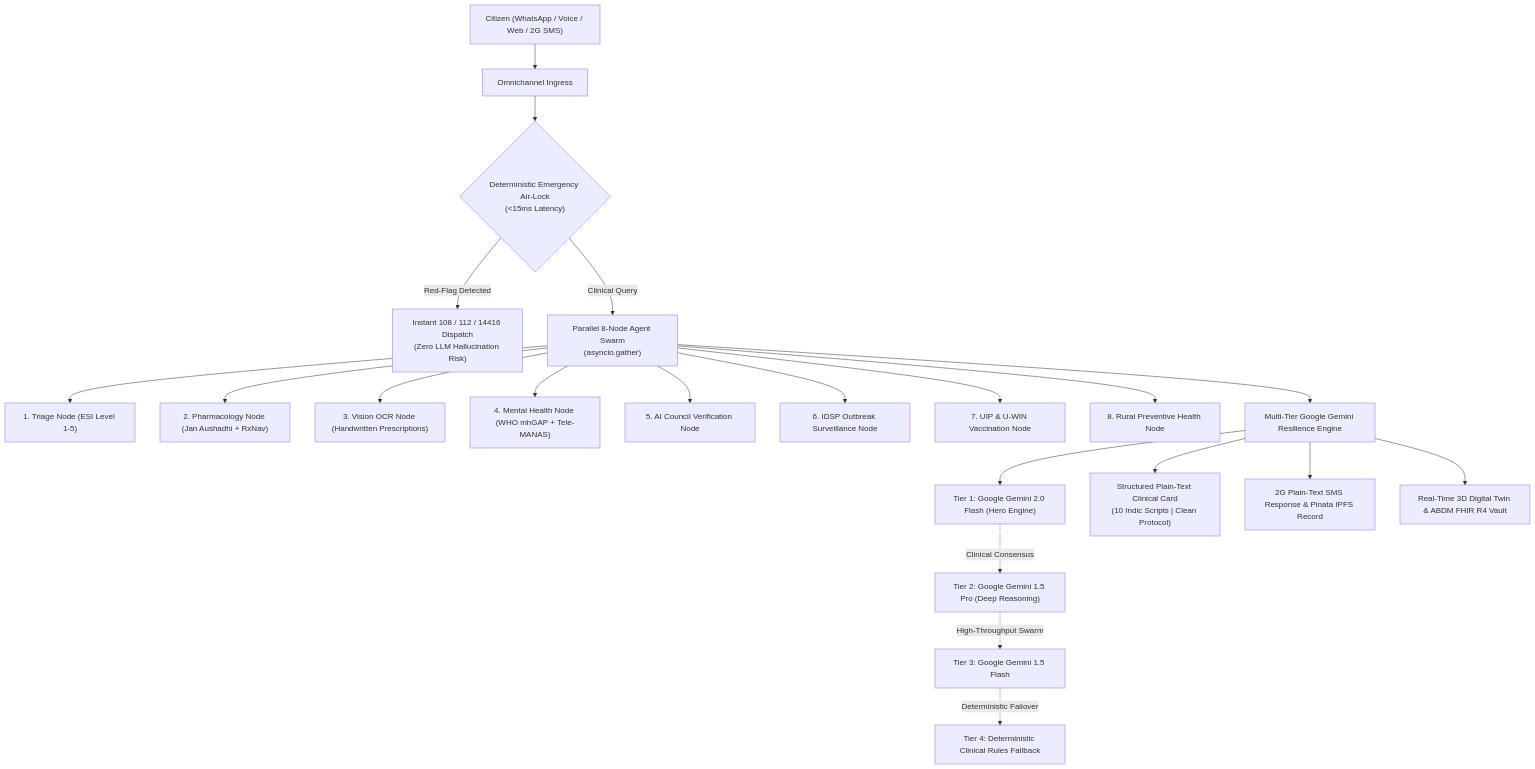
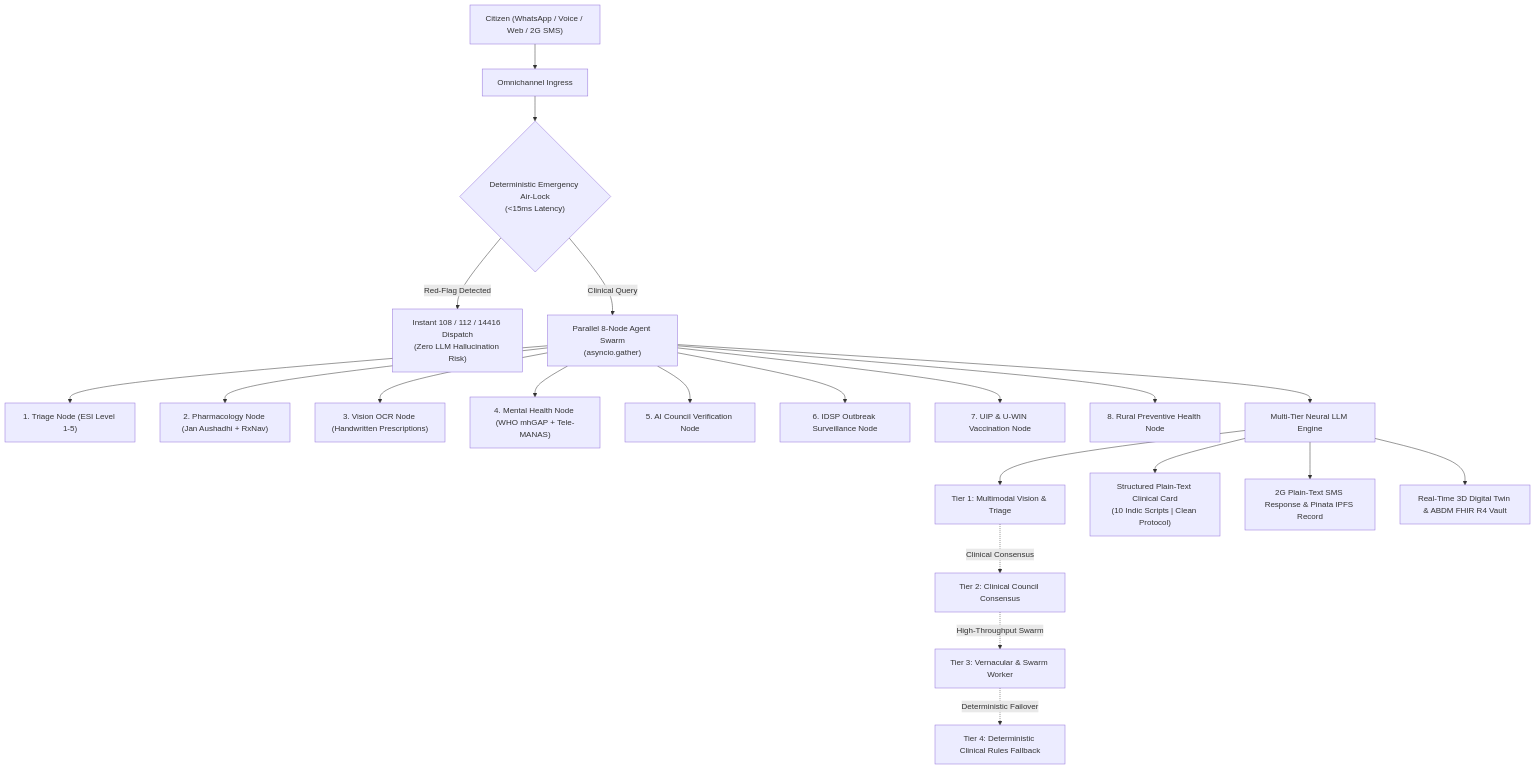
Before and after one commit to Rachit-Tiwari-7/SYNAPSE-NEURAL: the first of 2 diagrams in README.md, drawn with Mermaid. The commit also changed other lines of this file, not shown here.

````diff
--- a/README.md
+++ b/README.md
@@ -104,27 +45,27 @@
 ```mermaid
 graph TD
     User["Citizen (WhatsApp / Voice / Web / 2G SMS)"] --> Gateway["Omnichannel Ingress"]
     Gateway --> Safety{"Deterministic Emergency Air-Lock<br/>(<15ms Latency)"}
     
     Safety -->|Red-Flag Detected| FastTrack["Instant 108 / 112 / 14416 Dispatch<br/>(Zero LLM Hallucination Risk)"]
     
     Safety -->|Clinical Query| Swarm["Parallel 8-Node Agent Swarm<br/>(asyncio.gather)"]
     Swarm --> Triage["1. Triage Node (ESI Level 1-5)"]
     Swarm --> Pharm["2. Pharmacology Node (Jan Aushadhi + RxNav)"]
     Swarm --> OCR["3. Vision OCR Node (Handwritten Prescriptions)"]
     Swarm --> Mental["4. Mental Health Node (WHO mhGAP + Tele-MANAS)"]
     Swarm --> Verifier["5. AI Council Verification Node"]
     Swarm --> Outbreak["6. IDSP Outbreak Surveillance Node"]
     Swarm --> Vaccine["7. UIP & U-WIN Vaccination Node"]
     Swarm --> Prevent["8. Rural Preventive Health Node"]
     
-    Swarm --> Cascade["Multi-Tier Google Gemini Resilience Engine"]
-    Cascade --> Gemini["Tier 1: Google Gemini 2.0 Flash (Hero Engine)"]
-    Gemini -.->|Clinical Consensus| Pro["Tier 2: Google Gemini 1.5 Pro (Deep Reasoning)"]
-    Pro -.->|High-Throughput Swarm| Flash["Tier 3: Google Gemini 1.5 Flash"]
+    Swarm --> Cascade["Multi-Tier Neural LLM Engine"]
+    Cascade --> Tier1["Tier 1: Multimodal Vision & Triage"]
+    Tier1 -.->|Clinical Consensus| Pro["Tier 2: Clinical Council Consensus"]
+    Pro -.->|High-Throughput Swarm| Flash["Tier 3: Vernacular & Swarm Worker"]
     Flash -.->|Deterministic Failover| Mock["Tier 4: Deterministic Clinical Rules Fallback"]
     
     Cascade --> Out["Structured Plain-Text Clinical Card<br/>(10 Indic Scripts | Clean Protocol)"]
     Cascade --> SMS["2G Plain-Text SMS Response & Pinata IPFS Record"]
     Cascade --> Twin["Real-Time 3D Digital Twin & ABDM FHIR R4 Vault"]
 ```
````
